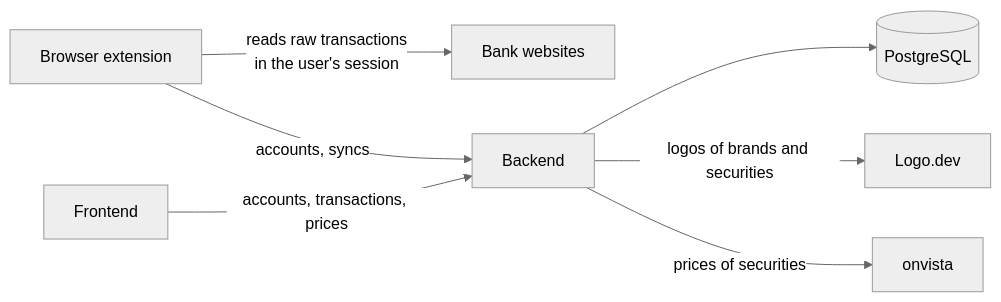
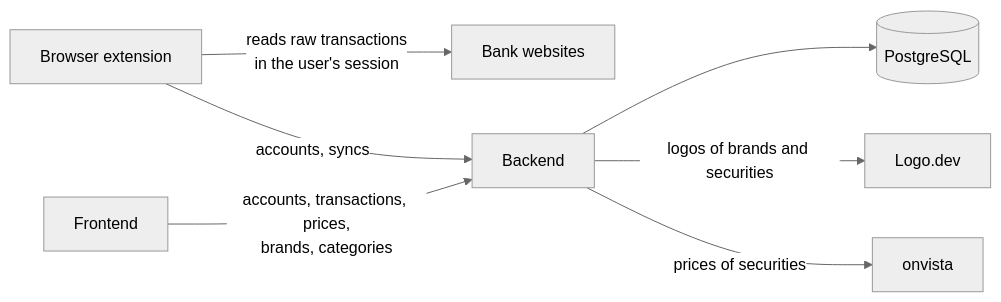
One commit to lennartmoeller/finance-tracker changed the diagram in README.md. Above: the diagram before and after it, drawn with Mermaid (neutral theme). The commit also changed other lines of this file and 36 other files, not shown here.

Commit message:
feat: add categories, and manage brands and categories by rules in the frontend (#53)

````diff
--- a/README.md
+++ b/README.md
@@ -15,16 +15,16 @@
 ```mermaid
 flowchart LR
   banks["Bank websites"]
   extension["Browser extension"]
   frontend["Frontend"]
   backend["Backend"]
   postgres[("PostgreSQL")]
   logodev["Logo.dev"]
   onvista["onvista"]
   extension -- "reads raw transactions<br/>in the user's session" --> banks
   extension -- "accounts, syncs" --> backend
-  frontend -- "accounts, transactions, prices" --> backend
+  frontend -- "accounts, transactions, prices,<br/>brands, categories" --> backend
   backend --> postgres
   backend -- "logos of brands and securities" --> logodev
   backend -- "prices of securities" --> onvista
 ```
````
